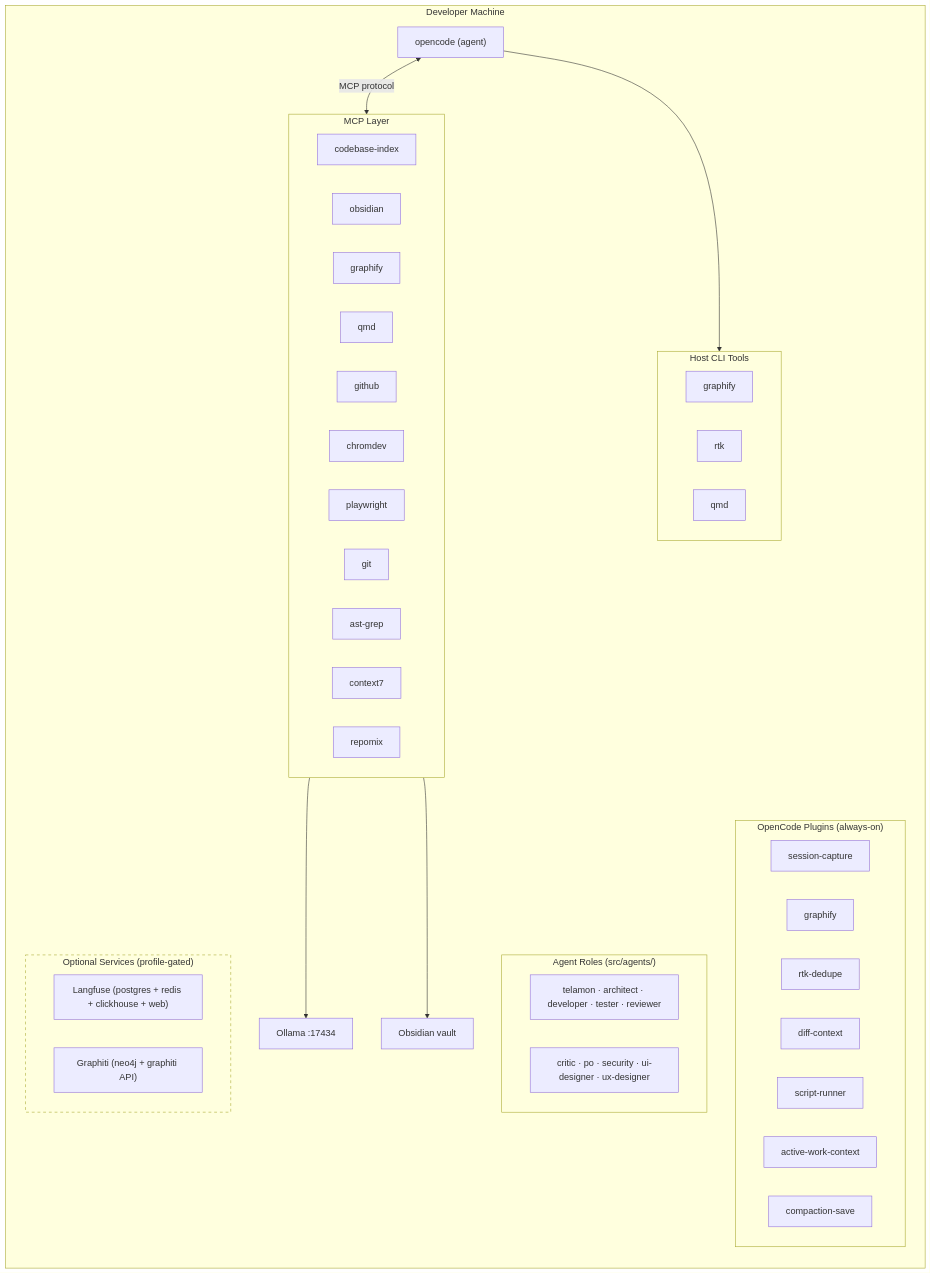
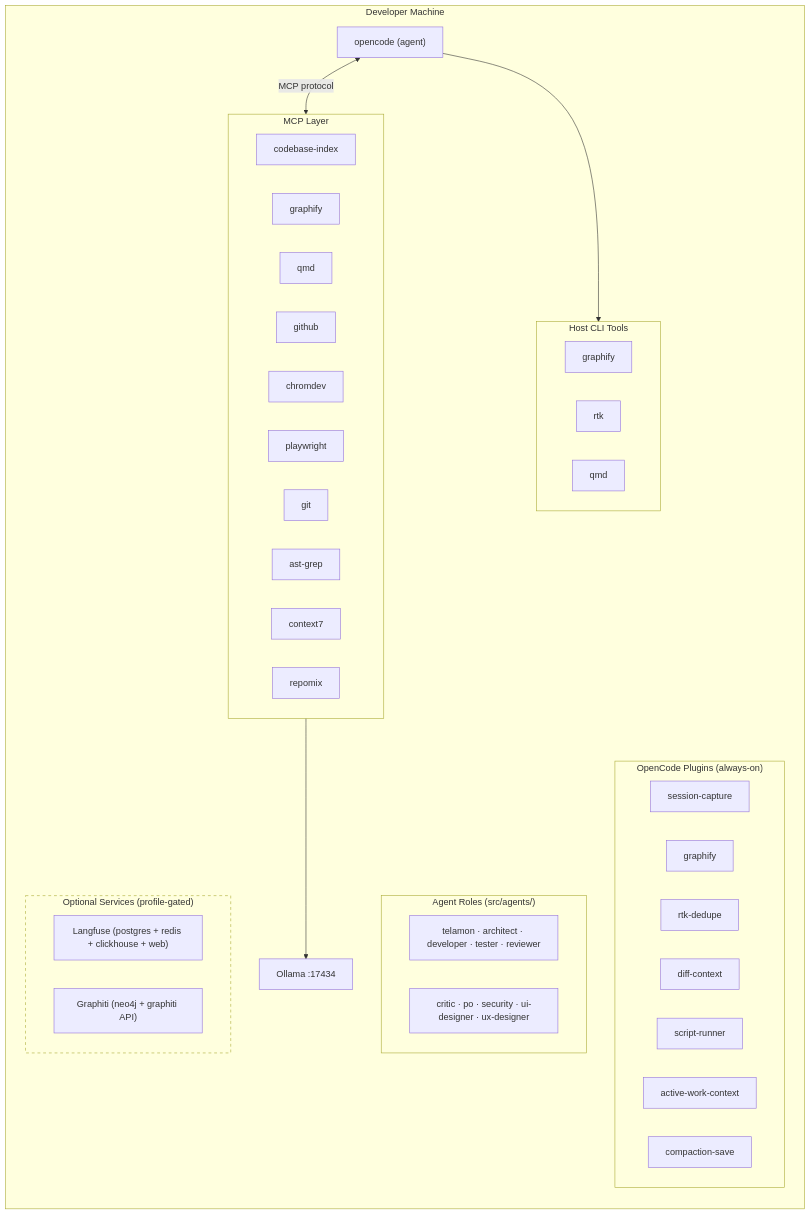
One commit to hgraca/telamon changed the diagram in docs/architecture.md. Above: the diagram before and after it, drawn with Mermaid. The commit also changed other lines of this file and 31 other files, not shown here.

First line of the commit message:
Remove Obsidian MCP dependency, replace with direct file operations

````diff
--- a/docs/architecture.md
+++ b/docs/architecture.md
@@ -14,55 +14,53 @@
 ```mermaid
 flowchart TB
     subgraph dev["Developer Machine"]
         direction TB
 
         oc["opencode (agent)"] <-->|"MCP protocol"| mcp
 
         subgraph mcp["MCP Layer"]
             cbi["codebase-index"]
-            obs_m["obsidian"]
             gf_m["graphify"]
             qmd_m["qmd"]
             gh_m["github"]
             cd_m["chromdev"]
             pw_m["playwright"]
             git_m["git"]
             ag_m["ast-grep"]
             c7_m["context7"]
             rm_m["repomix"]
         end
 
         mcp --> ol["Ollama :17434"]
-        mcp --> vault["Obsidian vault"]
 
         oc --> cli
 
         subgraph cli["Host CLI Tools"]
             cli_g["graphify"]
             cli_r["rtk"]
             cli_q["qmd"]
         end
 
         subgraph plugins["OpenCode Plugins (always-on)"]
             p_sc["session-capture"]
             p_gf["graphify"]
             p_rd["rtk-dedupe"]
             p_dc["diff-context"]
             p_sr["script-runner"]
             p_aw["active-work-context"]
             p_cs["compaction-save"]
         end
 
         subgraph agents["Agent Roles (src/agents/)"]
             a1["telamon · architect · developer · tester · reviewer"]
             a2["critic · po · security · ui-designer · ux-designer"]
         end
 
         subgraph optional["Optional Services (profile-gated)"]
             o_lf["Langfuse (postgres + redis + clickhouse + web)"]
             o_gr["Graphiti (neo4j + graphiti API)"]
         end
     end
 
     style optional stroke-dasharray: 5 5
 ```
````
